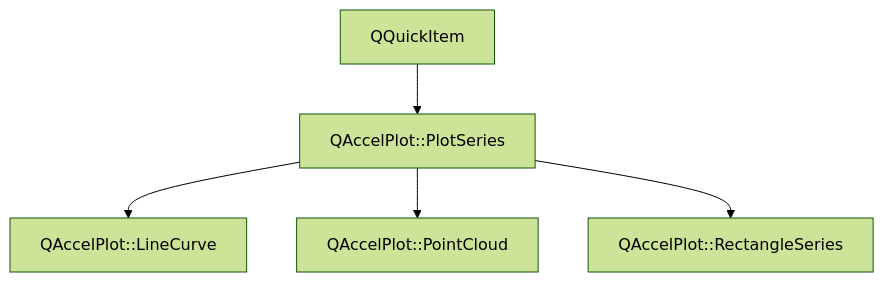
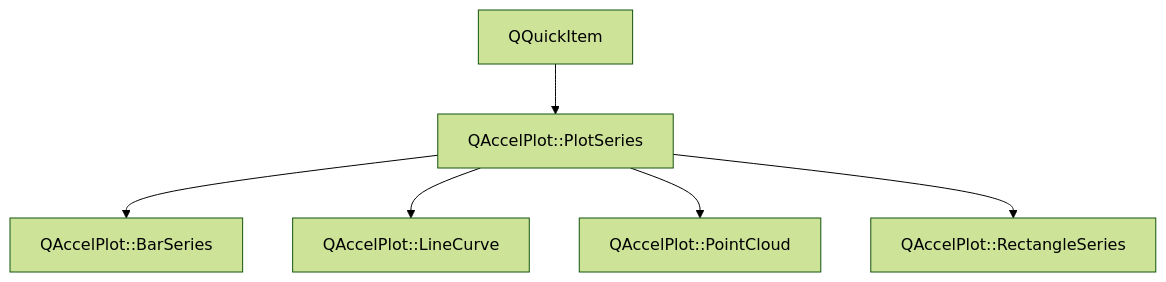
One commit to michalgrabarczyk/QAccelPlot changed the diagram in main/assets/.doxy/QAccelPlot/api/classQAccelPlot_1_1PlotSeries.md. Above: the diagram before and after it, drawn with Mermaid (forest theme). The commit also changed other lines of this file and 307 other files, not shown here.

````diff
--- a/main/assets/.doxy/QAccelPlot/api/classQAccelPlot_1_1PlotSeries.md
+++ b/main/assets/.doxy/QAccelPlot/api/classQAccelPlot_1_1PlotSeries.md
@@ -32,20 +32,24 @@
 ```mermaid
 flowchart TB
   classQAccelPlot_1_1PlotSeries["QAccelPlot::PlotSeries"]
 
   external_base_classQAccelPlot_1_1PlotSeries_1["QQuickItem"]
   external_base_classQAccelPlot_1_1PlotSeries_1 --> classQAccelPlot_1_1PlotSeries
+
+  classQAccelPlot_1_1BarSeries["QAccelPlot::BarSeries"]
+  classQAccelPlot_1_1PlotSeries --> classQAccelPlot_1_1BarSeries
+  click classQAccelPlot_1_1BarSeries "../classQAccelPlot_1_1BarSeries/" "Open QAccelPlot::BarSeries"
 
   classQAccelPlot_1_1LineCurve["QAccelPlot::LineCurve"]
   classQAccelPlot_1_1PlotSeries --> classQAccelPlot_1_1LineCurve
   click classQAccelPlot_1_1LineCurve "../classQAccelPlot_1_1LineCurve/" "Open QAccelPlot::LineCurve"
 
   classQAccelPlot_1_1PointCloud["QAccelPlot::PointCloud"]
   classQAccelPlot_1_1PlotSeries --> classQAccelPlot_1_1PointCloud
   click classQAccelPlot_1_1PointCloud "../classQAccelPlot_1_1PointCloud/" "Open QAccelPlot::PointCloud"
 
   classQAccelPlot_1_1RectangleSeries["QAccelPlot::RectangleSeries"]
   classQAccelPlot_1_1PlotSeries --> classQAccelPlot_1_1RectangleSeries
   click classQAccelPlot_1_1RectangleSeries "../classQAccelPlot_1_1RectangleSeries/" "Open QAccelPlot::RectangleSeries"
 
 ```
````
